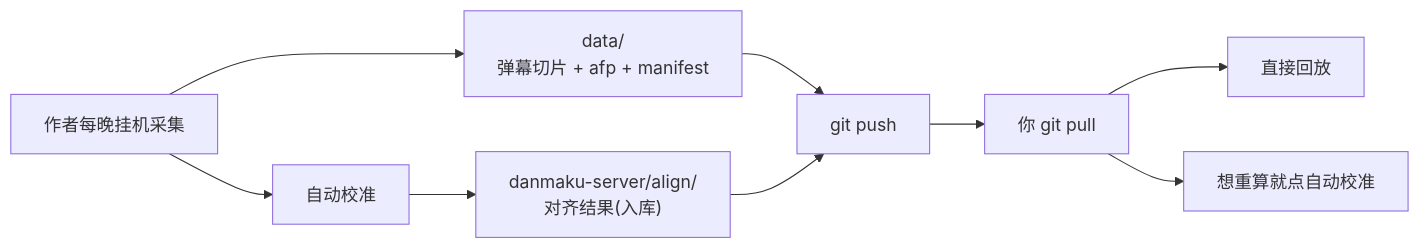
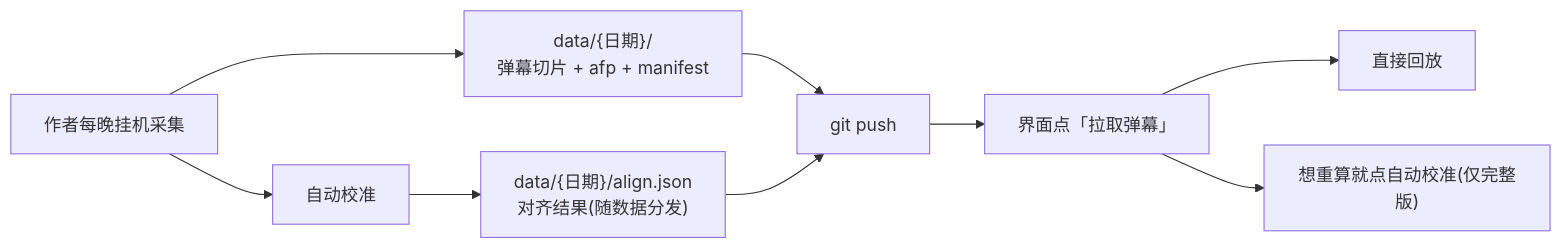
Before and after one commit to root9701/danmaku-timewarp: the second of 3 diagrams in DISTRIBUTION.md, drawn with Mermaid. The commit also changed other lines of this file and 16 other files, not shown here.

First line of the commit message:
对齐结果改为随数据分发: data/{日期}/align.json

````diff
--- a/DISTRIBUTION.md
+++ b/DISTRIBUTION.md
@@ -161,11 +161,11 @@
 ```mermaid
 flowchart LR
-    A["作者每晚挂机采集"] --> B["data/<br/>弹幕切片 + afp + manifest"]
+    A["作者每晚挂机采集"] --> B["data/{日期}/<br/>弹幕切片 + afp + manifest"]
     A --> C["自动校准"]
-    C --> D["danmaku-server/align/<br/>对齐结果(入库)"]
+    C --> D["data/{日期}/align.json<br/>对齐结果(随数据分发)"]
     B --> E["git push"]
     D --> E
-    E --> F["你 git pull"]
+    E --> F["界面点「拉取弹幕」"]
     F --> G["直接回放"]
-    F --> H["想重算就点自动校准"]
+    F --> H["想重算就点自动校准(仅完整版)"]
 ```
````
